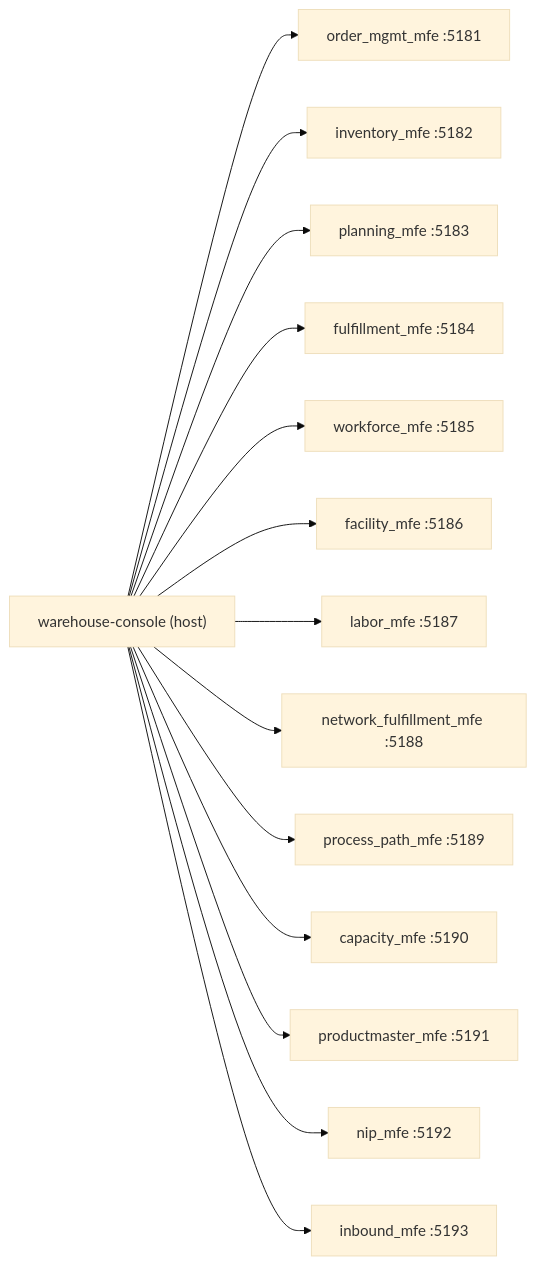
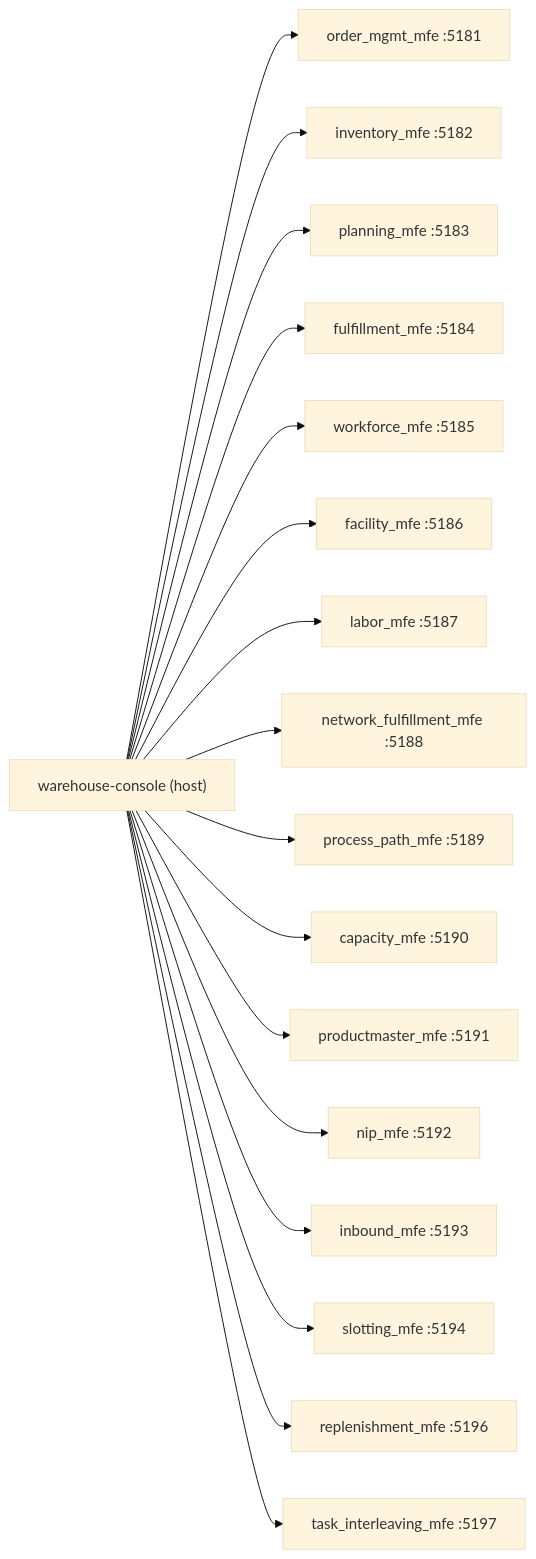
The diagram in docs/docs/architecture/module-federation.md (IQVO/warehouse-console), drawn with Mermaid (base theme) before and after one commit. The commit also changed other lines of this file and 15 other files, not shown here.

First line of the commit message:
feat(console): register the pick-face-replenishment and task-interleaving remotes

````diff
--- a/docs/docs/architecture/module-federation.md
+++ b/docs/docs/architecture/module-federation.md
@@ -14,31 +14,37 @@
 ```mermaid
 graph LR
   Console["warehouse-console (host)"]
   Orders["order_mgmt_mfe :5181"]
   Inventory["inventory_mfe :5182"]
   Planning["planning_mfe :5183"]
   Fulfillment["fulfillment_mfe :5184"]
   Workforce["workforce_mfe :5185"]
   Facility["facility_mfe :5186"]
   Labor["labor_mfe :5187"]
   NetFulfil["network_fulfillment_mfe :5188"]
   ProcessPath["process_path_mfe :5189"]
   Capacity["capacity_mfe :5190"]
   ProductMaster["productmaster_mfe :5191"]
   Nip["nip_mfe :5192"]
   Inbound["inbound_mfe :5193"]
+  Slotting["slotting_mfe :5194"]
+  Replenishment["replenishment_mfe :5196"]
+  TaskInterleaving["task_interleaving_mfe :5197"]
 
   Console --> Orders
   Console --> Inventory
   Console --> Planning
   Console --> Fulfillment
   Console --> Workforce
   Console --> Facility
   Console --> Labor
   Console --> NetFulfil
   Console --> ProcessPath
   Console --> Capacity
   Console --> ProductMaster
   Console --> Nip
   Console --> Inbound
+  Console --> Slotting
+  Console --> Replenishment
+  Console --> TaskInterleaving
 ```
````
